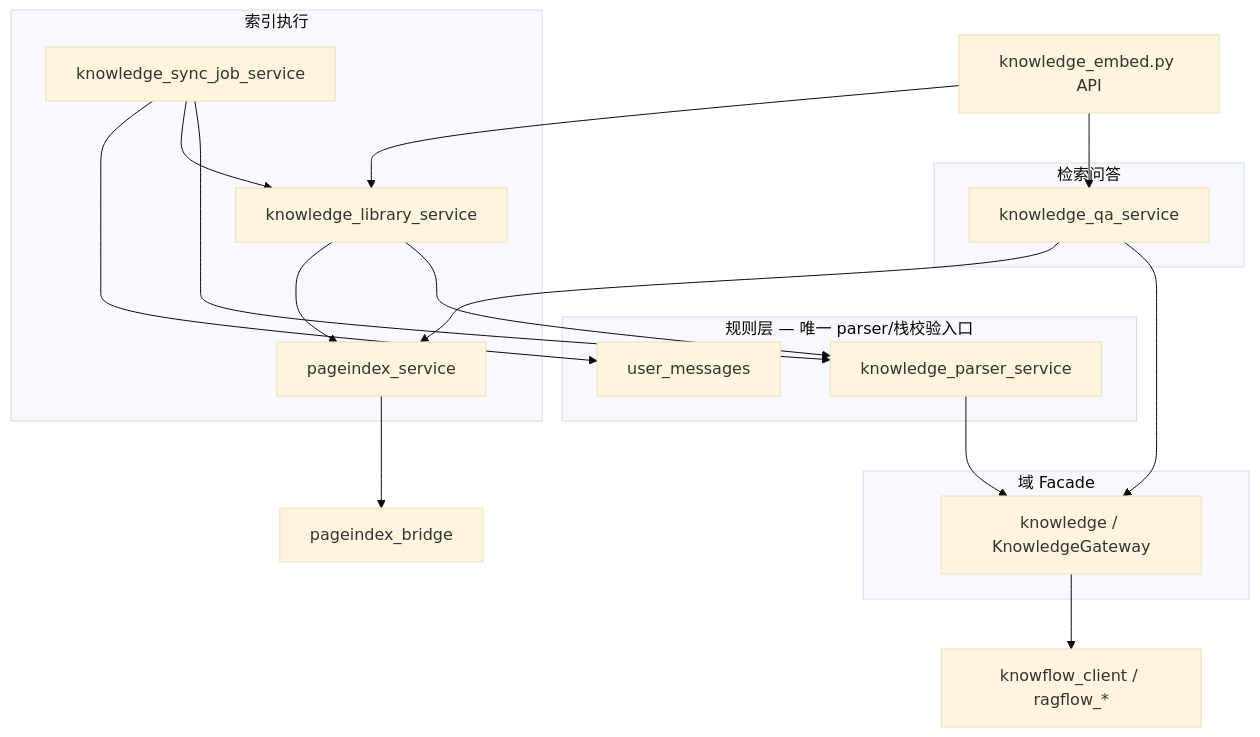
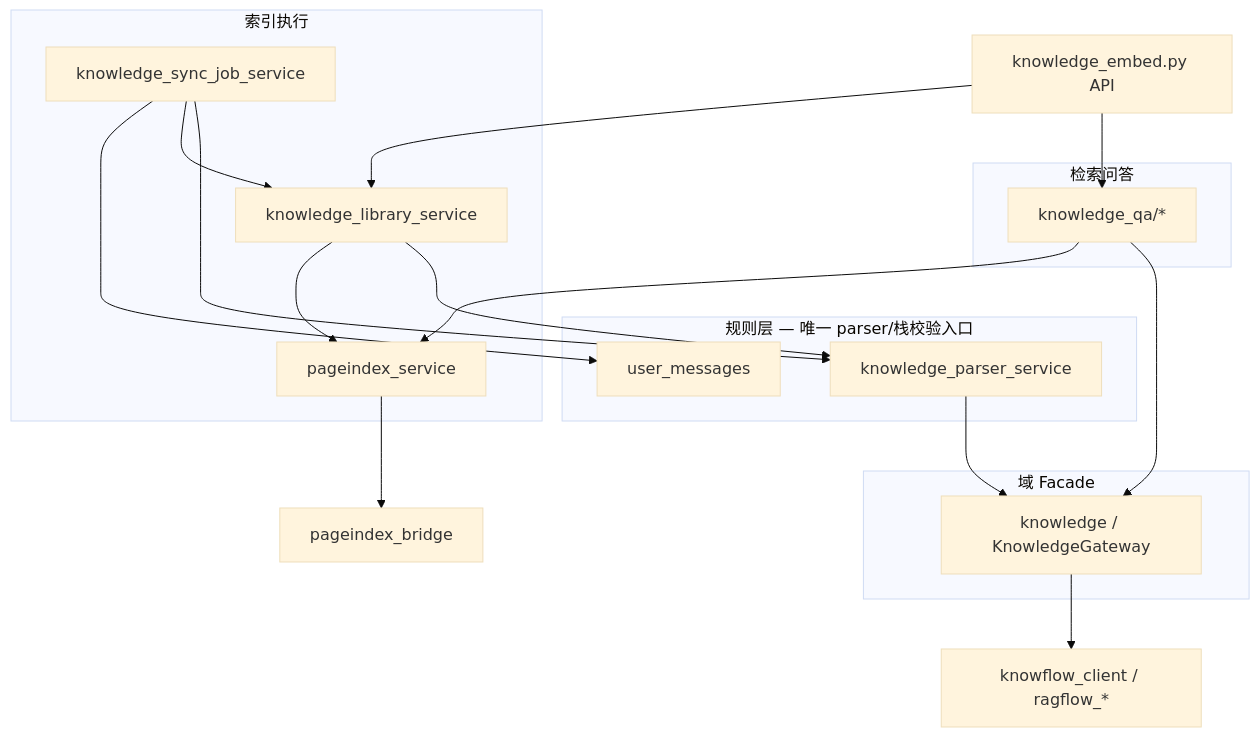
One commit to zhibinQiu/benxi changed the first of 4 diagrams in docs/zh/implementation/knowledge-implementation.md. Above: the diagram before and after it, drawn with Mermaid (base theme). The commit also changed other lines of this file and 148 other files, not shown here.

````diff
--- a/docs/zh/implementation/knowledge-implementation.md
+++ b/docs/zh/implementation/knowledge-implementation.md
@@ -19,34 +19,34 @@
 ```mermaid
 flowchart TB
   subgraph facade [域 Facade]
     KG[knowledge / KnowledgeGateway]
   end
 
   subgraph rules [规则层 — 唯一 parser/栈校验入口]
     KPS[knowledge_parser_service]
     UM[user_messages]
   end
 
   subgraph index [索引执行]
     KSJ[knowledge_sync_job_service]
     KLS[knowledge_library_service]
     PIS[pageindex_service]
   end
 
   subgraph qa [检索问答]
-    KQS[knowledge_qa_service]
+    KQS[knowledge_qa/*]
   end
 
   API[knowledge_embed.py API] --> KLS
   API --> KQS
   KLS --> KPS
   KLS --> PIS
   KSJ --> KPS
   KSJ --> KLS
   KSJ --> UM
   KQS --> KG
   KQS --> PIS
   KPS --> KG
   KG --> INT[knowflow_client / ragflow_*]
   PIS --> BR[pageindex_bridge]
 ```
````
